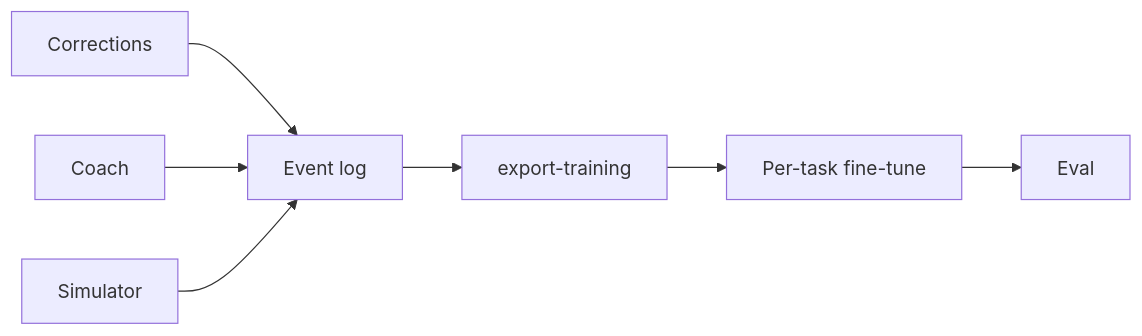
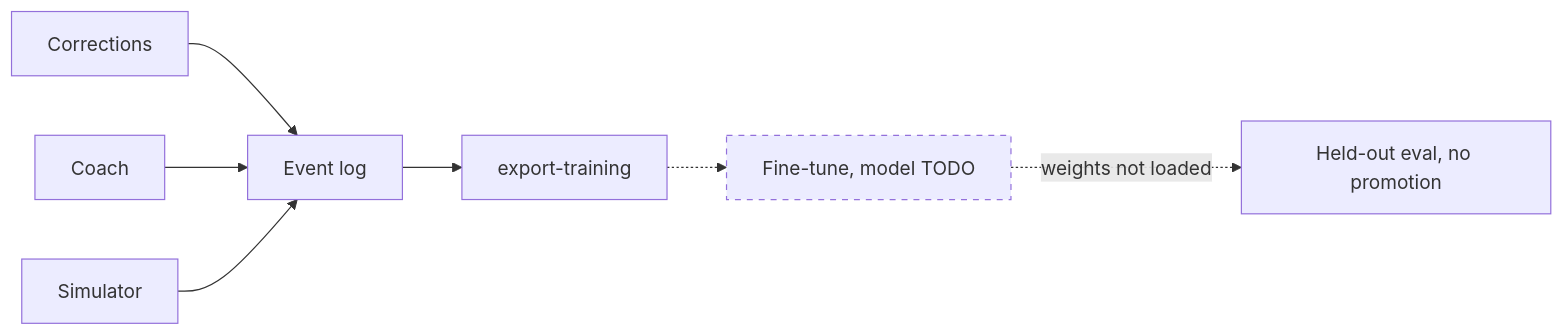
One commit to melaniepreen/Baan-Safe changed the second of 2 diagrams in BaanSafe_Revised_Architecture.md. Above: the diagram before and after it, drawn with Mermaid. The commit also changed other lines of this file and 1 other file, not shown here.

Commit message:
docs: refresh architecture diagram (1df4811)

````diff
--- a/BaanSafe_Revised_Architecture.md
+++ b/BaanSafe_Revised_Architecture.md
@@ -36,9 +43,11 @@
 ```mermaid
 flowchart LR
+  classDef unwired stroke-dasharray: 5 5
   corrections[Corrections] --> log[Event log]
   coach[Coach] --> log
   sim[Simulator] --> log
   log --> export[export-training]
-  export --> finetune[Per-task fine-tune]
-  finetune --> eval[Eval]
+  export -.-> ft["Fine-tune, model TODO"]:::unwired
+  eval["Held-out eval, no promotion"]
+  ft -.->|"weights not loaded"| eval
 ```
````
